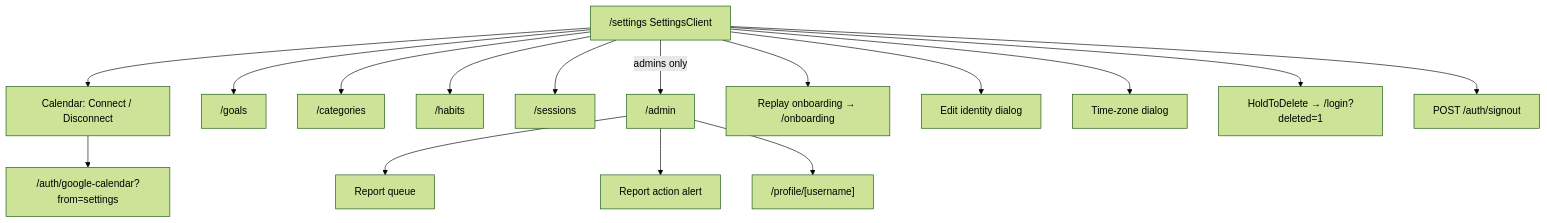
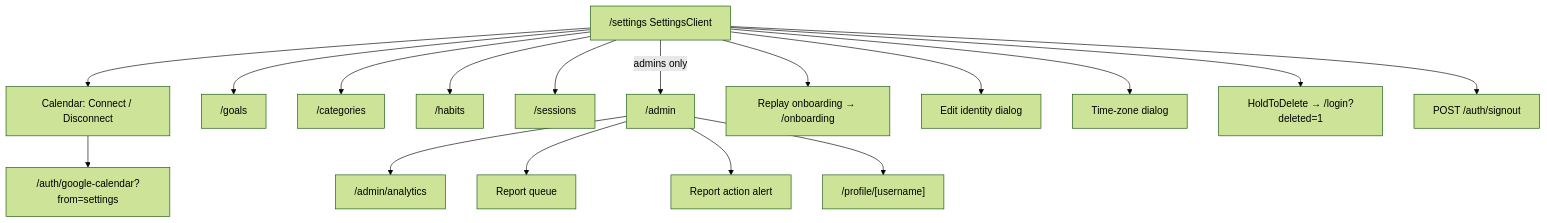
The seventh of 7 diagrams in docs/SCREENS.md (iroybisw47/progra), drawn with Mermaid (forest theme) before and after one commit. The commit also changed other lines of this file and 17 other files, not shown here.

First line of the commit message:
Add admin analytics and move Settings entry to Admin

````diff
--- a/docs/SCREENS.md
+++ b/docs/SCREENS.md
@@ -287,18 +290,19 @@
 ```mermaid
 flowchart TD
   settings["/settings SettingsClient"] --> cal["Calendar: Connect / Disconnect"]
   cal --> gcal["/auth/google-calendar?from=settings"]
   settings --> goals["/goals"]
   settings --> categories["/categories"]
   settings --> habits["/habits"]
   settings --> sessions["/sessions"]
   settings -->|admins only| admin["/admin"]
+  admin --> analytics["/admin/analytics"]
   settings --> replay["Replay onboarding → /onboarding"]
   settings --> editid["Edit identity dialog"]
   settings --> tz["Time-zone dialog"]
   settings --> hold["HoldToDelete → /login?deleted=1"]
   settings --> signout["POST /auth/signout"]
   admin --> queue["Report queue"]
   admin --> repaction["Report action alert"]
   admin --> prof["/profile/[username]"]
 ```
````
